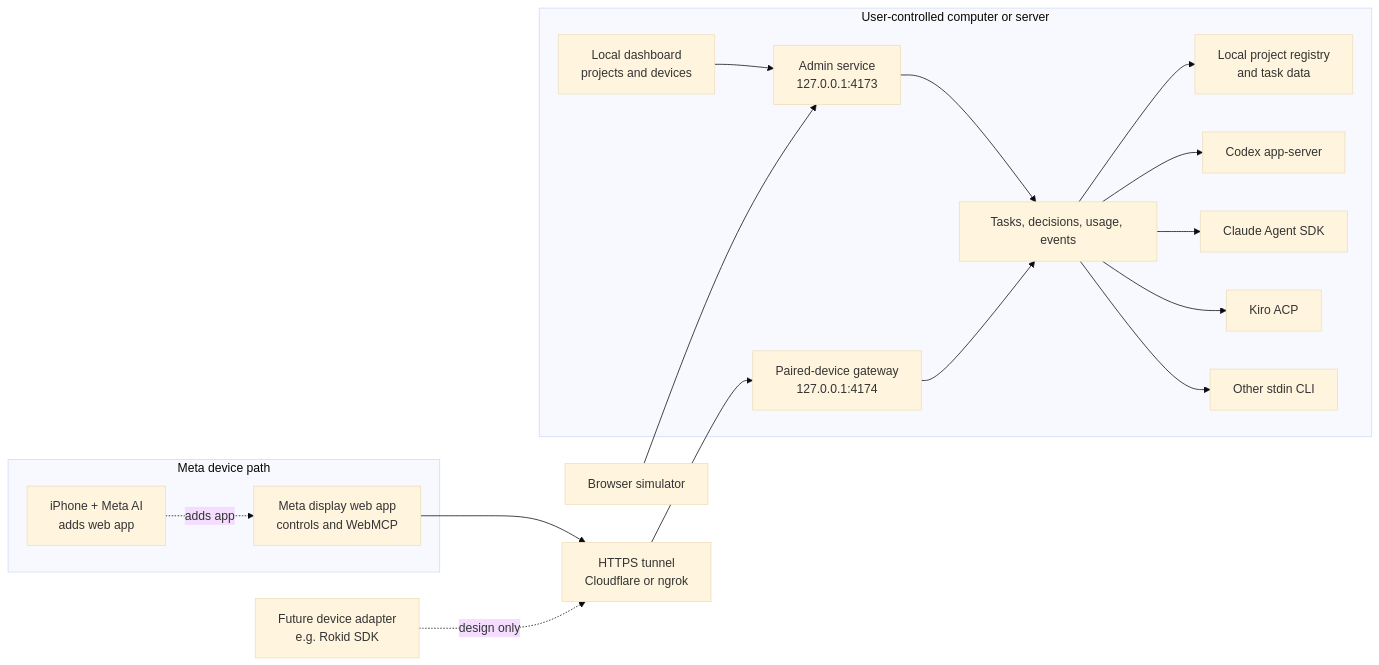
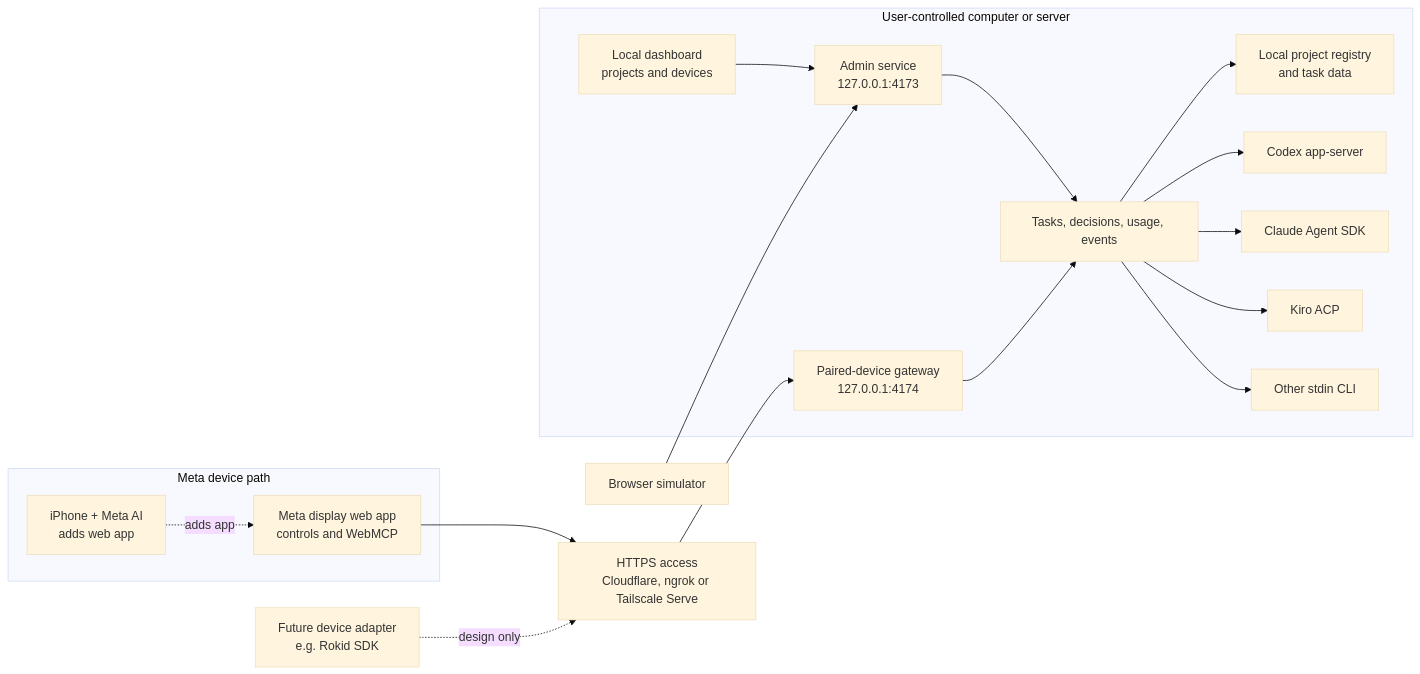
The diagram in docs/ARCHITECTURE.md (weisser-dev/openglassui), drawn with Mermaid (base theme) before and after one commit. The commit also changed 5 other files, not shown here.

Commit message:
Add Tailscale Serve tunnel option

````diff
--- a/docs/ARCHITECTURE.md
+++ b/docs/ARCHITECTURE.md
@@ -5,28 +5,28 @@
 ```mermaid
 flowchart LR
   subgraph Local[User-controlled computer or server]
     Dashboard["Local dashboard<br/>projects and devices"]
     Admin["Admin service<br/>127.0.0.1:4173"]
     Gateway["Paired-device gateway<br/>127.0.0.1:4174"]
     Core[Tasks, decisions, usage, events]
     Projects["Local project registry<br/>and task data"]
     Codex[Codex app-server]
     Claude[Claude Agent SDK]
     Kiro[Kiro ACP]
     Generic[Other stdin CLI]
     Dashboard --> Admin
     Admin --> Core
     Gateway --> Core
     Core --> Projects
     Core --> Codex & Claude & Kiro & Generic
   end
-  Tunnel["HTTPS tunnel<br/>Cloudflare or ngrok"] --> Gateway
+  Tunnel["HTTPS access<br/>Cloudflare, ngrok or Tailscale Serve"] --> Gateway
   subgraph Meta[Meta device path]
     Phone["iPhone + Meta AI<br/>adds web app"]
     Glass["Meta display web app<br/>controls and WebMCP"]
     Phone -. adds app .-> Glass
   end
   Glass --> Tunnel
   Future["Future device adapter<br/>e.g. Rokid SDK"] -. design only .-> Tunnel
   Simulator[Browser simulator] --> Admin
 ```
````
